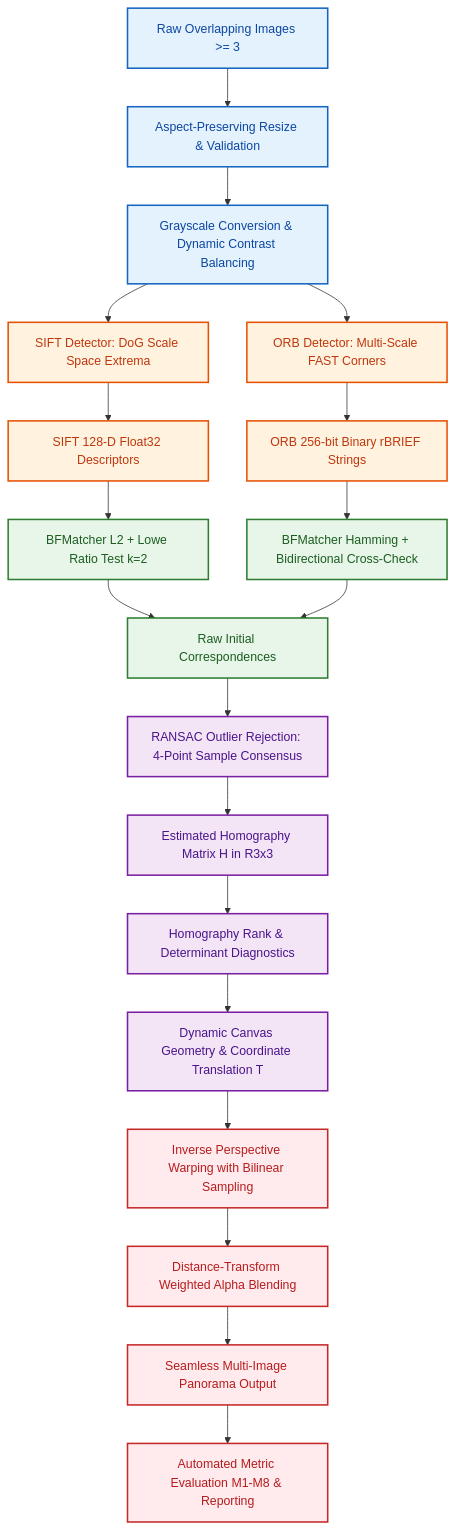
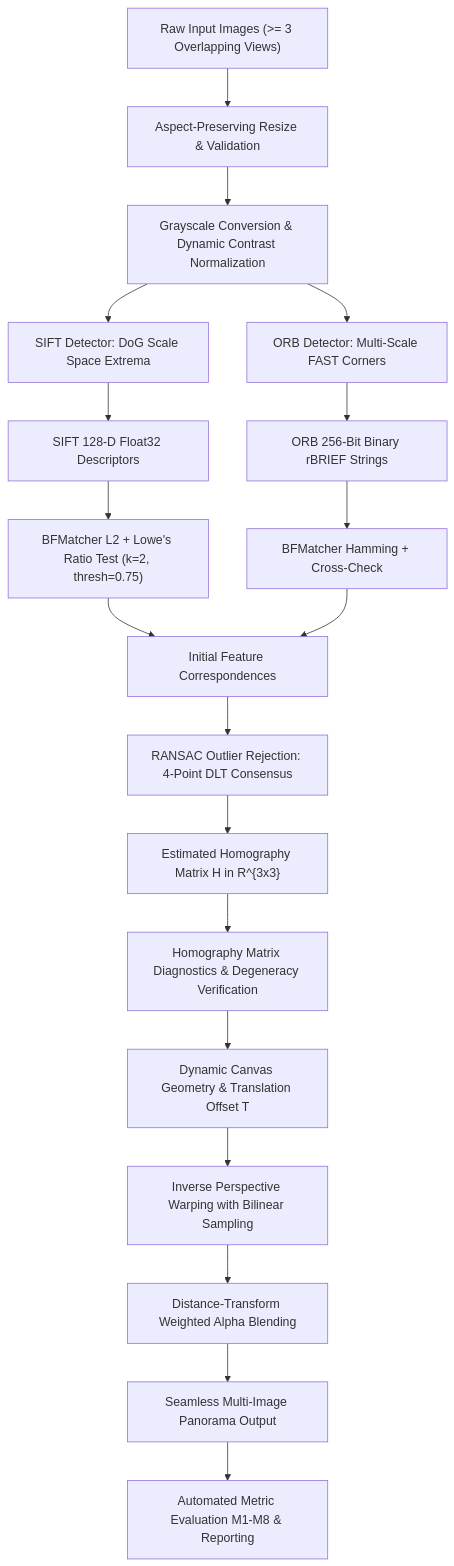
One commit to mhiskall282/Feature-Based-Image-Matching-and-Automatic-Panorama-Construction-Problem changed the first of 6 diagrams in report/report.md. Above: the diagram before and after it, drawn with Mermaid. The commit also changed other lines of this file and 12 other files, not shown here.

Commit message:
feat: high-contrast diagrams, polished UI, and cloud deployment configs for Vercel, Render, and Docker

````diff
--- a/report/report.md
+++ b/report/report.md
@@ -34,34 +34,28 @@
 ```mermaid
 graph TD
-    classDef input fill:#E3F2FD,stroke:#1565C0,stroke-width:2px,color:#0D47A1;
-    classDef feat fill:#FFF3E0,stroke:#E65100,stroke-width:2px,color:#BF360C;
-    classDef match fill:#E8F5E9,stroke:#2E7D32,stroke-width:2px,color:#1B5E20;
-    classDef geom fill:#F3E5F5,stroke:#7B1FA2,stroke-width:2px,color:#4A148C;
-    classDef output fill:#FFEBEE,stroke:#C62828,stroke-width:2px,color:#B71C1C;
-
-    A[Raw Overlapping Images >= 3]:::input --> B[Aspect-Preserving Resize & Validation]:::input
-    B --> C[Grayscale Conversion & Dynamic Contrast Balancing]:::input
+    A["Raw Input Images (>= 3 Overlapping Views)"] --> B["Aspect-Preserving Resize & Validation"]
+    B --> C["Grayscale Conversion & Dynamic Contrast Normalization"]
     
-    C --> D1[SIFT Detector: DoG Scale Space Extrema]:::feat
-    C --> D2[ORB Detector: Multi-Scale FAST Corners]:::feat
+    C --> D1["SIFT Detector: DoG Scale Space Extrema"]
+    C --> D2["ORB Detector: Multi-Scale FAST Corners"]
     
-    D1 --> E1[SIFT 128-D Float32 Descriptors]:::feat
-    D2 --> E2[ORB 256-bit Binary rBRIEF Strings]:::feat
+    D1 --> E1["SIFT 128-D Float32 Descriptors"]
+    D2 --> E2["ORB 256-Bit Binary rBRIEF Strings"]
     
-    E1 --> F1[BFMatcher L2 + Lowe Ratio Test k=2]:::match
-    E2 --> F2[BFMatcher Hamming + Bidirectional Cross-Check]:::match
+    E1 --> F1["BFMatcher L2 + Lowe's Ratio Test (k=2, thresh=0.75)"]
+    E2 --> F2["BFMatcher Hamming + Cross-Check"]
     
-    F1 --> G[Raw Initial Correspondences]:::match
+    F1 --> G["Initial Feature Correspondences"]
     F2 --> G
     
-    G --> H[RANSAC Outlier Rejection: 4-Point Sample Consensus]:::geom
-    H --> I[Estimated Homography Matrix H in R3x3]:::geom
+    G --> H["RANSAC Outlier Rejection: 4-Point DLT Consensus"]
+    H --> I["Estimated Homography Matrix H in R^{3x3}"]
     
-    I --> J[Homography Rank & Determinant Diagnostics]:::geom
-    J --> K[Dynamic Canvas Geometry & Coordinate Translation T]:::geom
+    I --> J["Homography Matrix Diagnostics & Degeneracy Verification"]
+    J --> K["Dynamic Canvas Geometry & Translation Offset T"]
     
-    K --> L[Inverse Perspective Warping with Bilinear Sampling]:::output
-    L --> M[Distance-Transform Weighted Alpha Blending]:::output
-    M --> N[Seamless Multi-Image Panorama Output]:::output
-    N --> O[Automated Metric Evaluation M1-M8 & Reporting]:::output
+    K --> L["Inverse Perspective Warping with Bilinear Sampling"]
+    L --> M["Distance-Transform Weighted Alpha Blending"]
+    M --> N["Seamless Multi-Image Panorama Output"]
+    N --> O["Automated Metric Evaluation M1-M8 & Reporting"]
 ```
````
